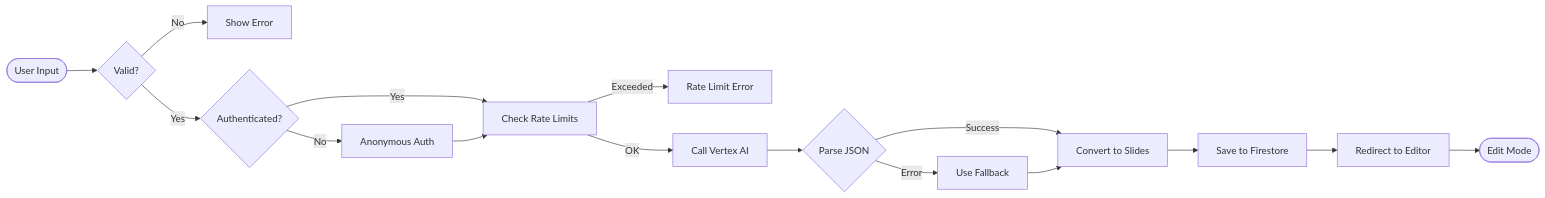
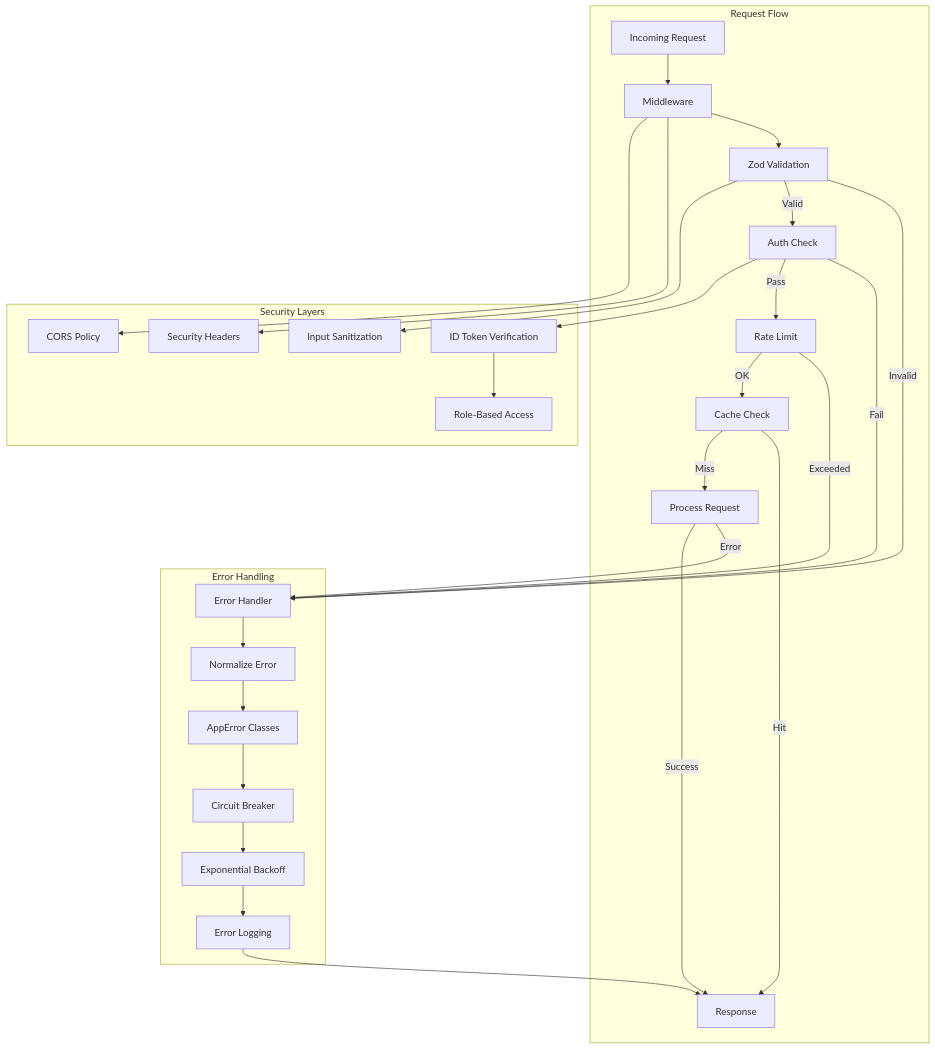
The fourth of 11 diagrams in MERMAID.md (welshofer/phoenix-web), drawn with Mermaid before and after one commit. The commit also changed other lines of this file and 57 other files, not shown here.

````diff
--- a/MERMAID.md
+++ b/MERMAID.md
@@ -197,18 +207,56 @@
 ```mermaid
-flowchart LR
-    Start([User Input]) --> Validate{Valid?}
-    Validate -->|No| Error[Show Error]
-    Validate -->|Yes| Auth{Authenticated?}
-    Auth -->|No| AnonAuth[Anonymous Auth]
-    Auth -->|Yes| CheckRate[Check Rate Limits]
-    AnonAuth --> CheckRate
-    CheckRate -->|Exceeded| RateError[Rate Limit Error]
-    CheckRate -->|OK| CallAI[Call Vertex AI]
-    CallAI --> Parse{Parse JSON}
-    Parse -->|Error| Fallback[Use Fallback]
-    Parse -->|Success| Convert[Convert to Slides]
-    Fallback --> Convert
-    Convert --> Save[Save to Firestore]
-    Save --> Redirect[Redirect to Editor]
-    Redirect --> End([Edit Mode])
+flowchart TB
+    subgraph "Request Flow"
+        REQ[Incoming Request]
+        MW[Middleware]
+        VAL[Zod Validation]
+        AUTH[Auth Check]
+        RATE[Rate Limit]
+        CACHE[Cache Check]
+        PROC[Process Request]
+        RES[Response]
+    end
+    
+    subgraph "Error Handling"
+        EH[Error Handler]
+        NE[Normalize Error]
+        AE[AppError Classes]
+        CB[Circuit Breaker]
+        EXB[Exponential Backoff]
+        LOG[Error Logging]
+    end
+    
+    subgraph "Security Layers"
+        TOK[ID Token Verification]
+        RBAC[Role-Based Access]
+        INP[Input Sanitization]
+        SEC[Security Headers]
+        CORS[CORS Policy]
+    end
+    
+    REQ --> MW
+    MW --> VAL
+    VAL -->|Invalid| EH
+    VAL -->|Valid| AUTH
+    AUTH -->|Fail| EH
+    AUTH -->|Pass| RATE
+    RATE -->|Exceeded| EH
+    RATE -->|OK| CACHE
+    CACHE -->|Hit| RES
+    CACHE -->|Miss| PROC
+    PROC -->|Error| EH
+    PROC -->|Success| RES
+    
+    EH --> NE
+    NE --> AE
+    AE --> CB
+    CB --> EXB
+    EXB --> LOG
+    LOG --> RES
+    
+    AUTH --> TOK
+    TOK --> RBAC
+    VAL --> INP
+    MW --> SEC
+    MW --> CORS
 ```
````
